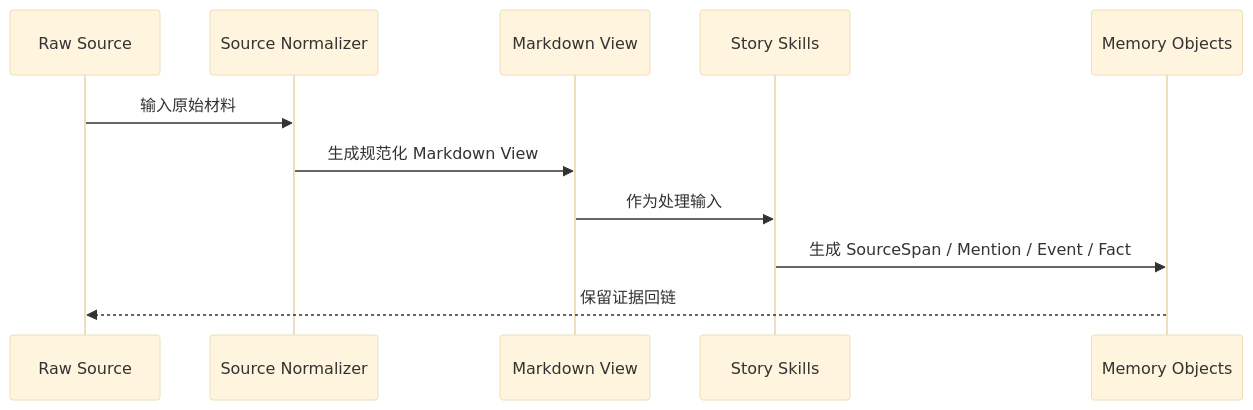
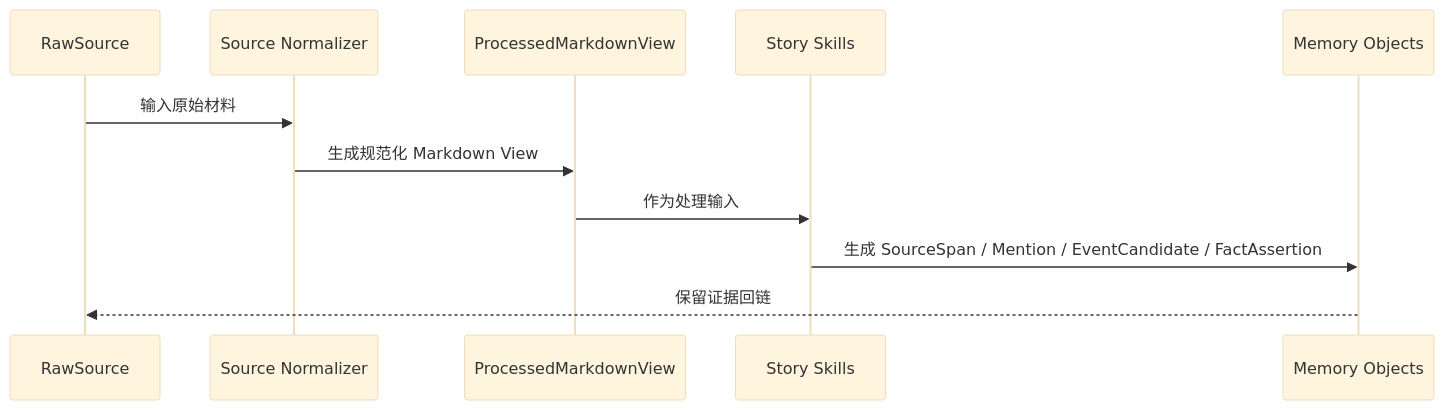
One commit to FrankQDWang/sextantlabs changed the second of 5 diagrams in goals/16-source-normalization.md. Above: the diagram before and after it, drawn with Mermaid (base theme). The commit also changed other lines of this file, not shown here.

Commit message:
Unify source normalization enums

````diff
--- a/goals/16-source-normalization.md
+++ b/goals/16-source-normalization.md
@@ -33,14 +70,14 @@
 ```mermaid
 sequenceDiagram
-    participant Raw as Raw Source
+    participant Raw as RawSource
     participant Norm as Source Normalizer
-    participant View as Markdown View
+    participant View as ProcessedMarkdownView
     participant Skill as Story Skills
     participant Memory as Memory Objects
 
     Raw->>Norm: 输入原始材料
     Norm->>View: 生成规范化 Markdown View
     View->>Skill: 作为处理输入
-    Skill->>Memory: 生成 SourceSpan / Mention / Event / Fact
+    Skill->>Memory: 生成 SourceSpan / Mention / EventCandidate / FactAssertion
     Memory-->>Raw: 保留证据回链
 ```
````
